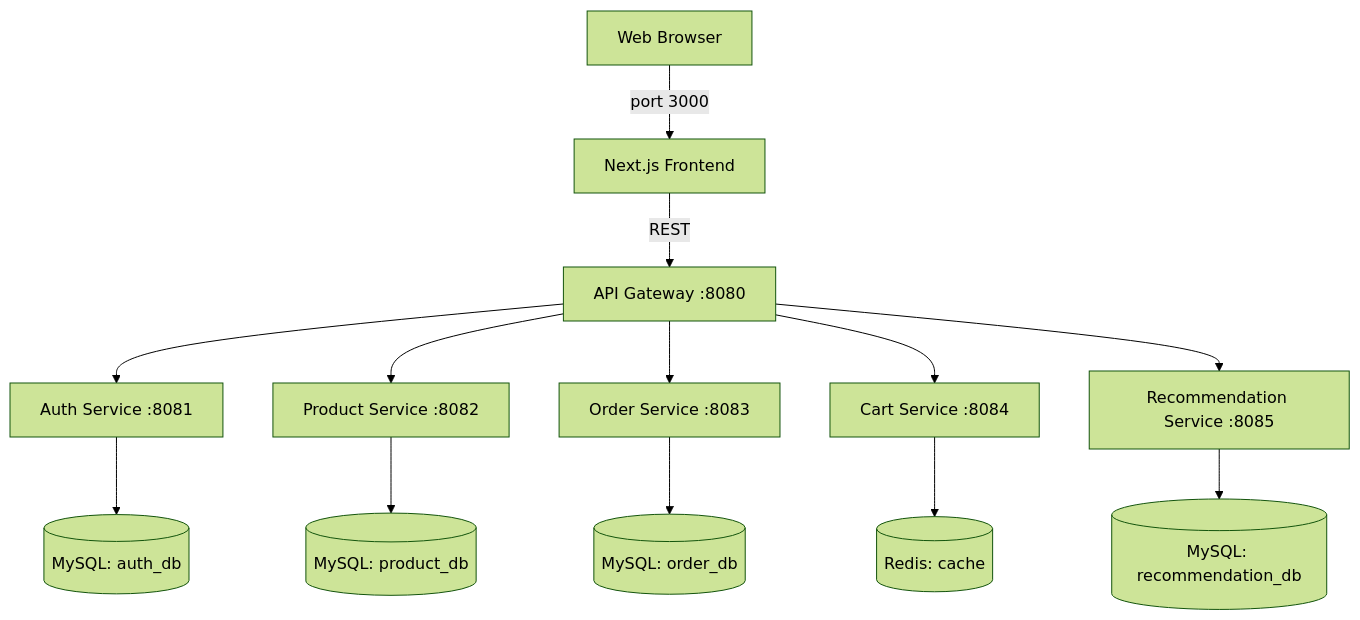
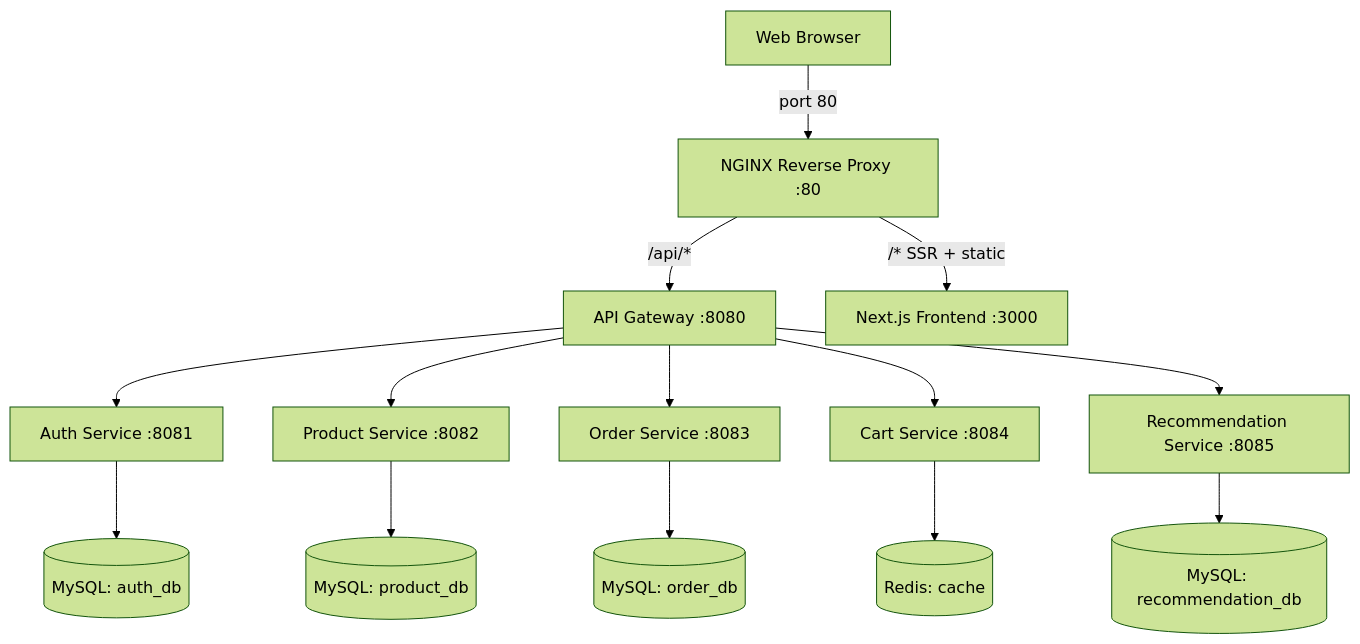
The diagram in README.md (AkhilMylaram/IceCream-Hub), drawn with Mermaid (forest theme) before and after one commit. The commit also changed other lines of this file and 9 other files, not shown here.

````diff
--- a/README.md
+++ b/README.md
@@ -32,16 +32,17 @@
 ```mermaid
 graph TD
-    Browser[Web Browser] -->|port 3000| Frontend[Next.js Frontend]
-    Frontend -->|REST| Gateway[API Gateway :8080]
+    Browser[Web Browser] -->|port 80| NGINX[NGINX Reverse Proxy :80]
+    NGINX -->|/api/*| Gateway[API Gateway :8080]
+    NGINX -->|/* SSR + static| Frontend[Next.js Frontend :3000]
     Gateway --> Auth[Auth Service :8081]
     Gateway --> Product[Product Service :8082]
     Gateway --> Order[Order Service :8083]
     Gateway --> Cart[Cart Service :8084]
     Gateway --> Rec[Recommendation Service :8085]
     
     Auth --> AuthDB[(MySQL: auth_db)]
     Product --> ProductDB[(MySQL: product_db)]
     Order --> OrderDB[(MySQL: order_db)]
     Cart --> CartCache[(Redis: cache)]
     Rec --> RecDB[(MySQL: recommendation_db)]
 ```
````
